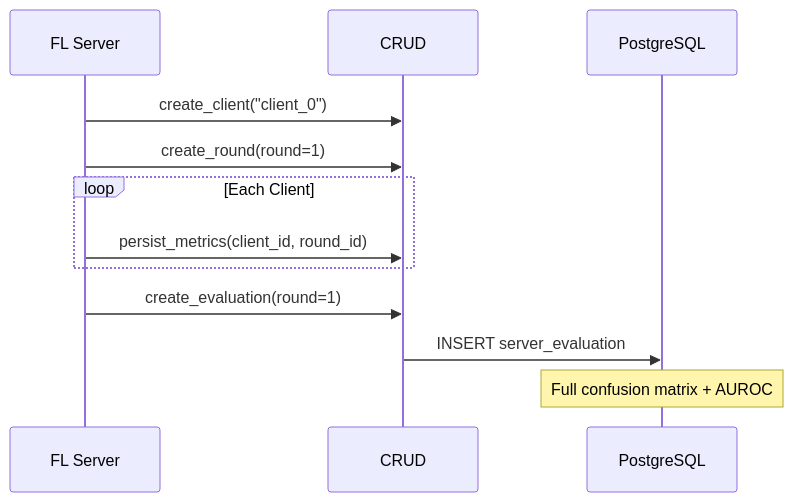
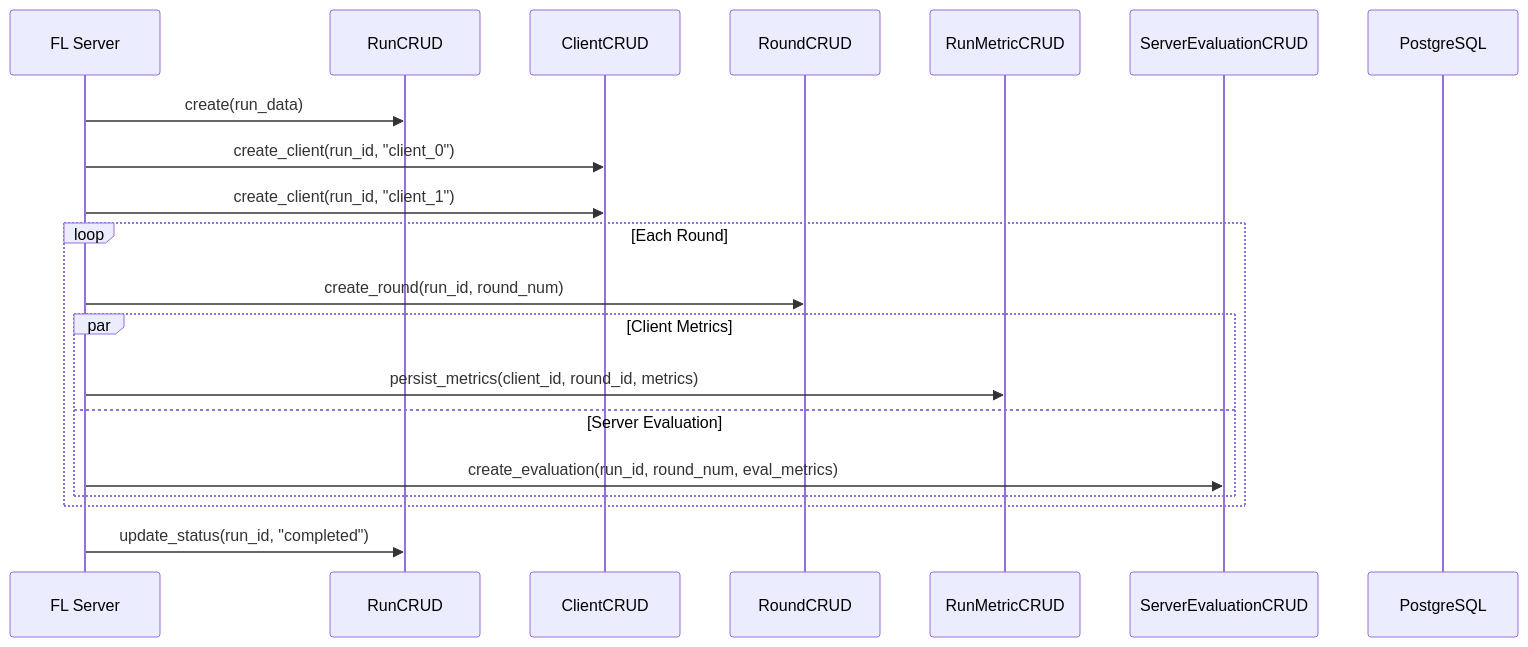
One commit to h19overflow/federated_learning changed the sixth of 8 diagrams in federated_pneumonia_detection/src/boundary/README.md. Above: the diagram before and after it, drawn with Mermaid. The commit also changed other lines of this file and 8 other files, not shown here.

````diff
--- a/federated_pneumonia_detection/src/boundary/README.md
+++ b/federated_pneumonia_detection/src/boundary/README.md
@@ -160,17 +274,26 @@
 ```mermaid
 sequenceDiagram
-    participant S as FL Server
-    participant C as CRUD
+    participant Server as FL Server
+    participant RunDAO as RunCRUD
+    participant ClientDAO as ClientCRUD
+    participant RoundDAO as RoundCRUD
+    participant MetricDAO as RunMetricCRUD
+    participant EvalDAO as ServerEvaluationCRUD
     participant DB as PostgreSQL
 
-    S->>C: create_client("client_0")
-    S->>C: create_round(round=1)
+    Server->>RunDAO: create(run_data)
+    Server->>ClientDAO: create_client(run_id, "client_0")
+    Server->>ClientDAO: create_client(run_id, "client_1")
 
-    loop Each Client
-        S->>C: persist_metrics(client_id, round_id)
+    loop Each Round
+        Server->>RoundDAO: create_round(run_id, round_num)
+        
+        par Client Metrics
+            Server->>MetricDAO: persist_metrics(client_id, round_id, metrics)
+        and Server Evaluation
+            Server->>EvalDAO: create_evaluation(run_id, round_num, eval_metrics)
+        end
     end
 
-    S->>C: create_evaluation(round=1)
-    C->>DB: INSERT server_evaluation
-    Note over DB: Full confusion matrix + AUROC
+    Server->>RunDAO: update_status(run_id, "completed")
 ```
````
